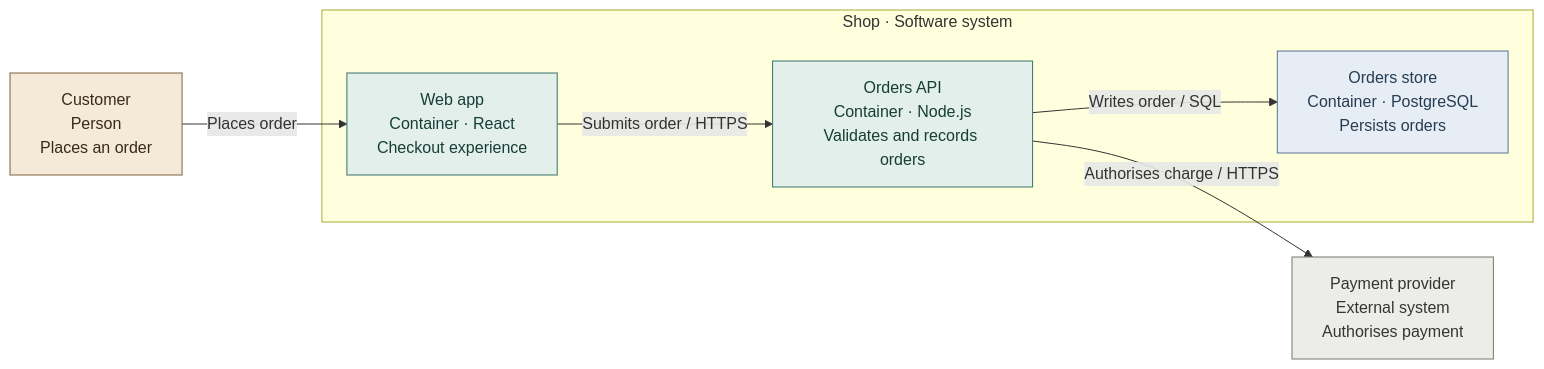
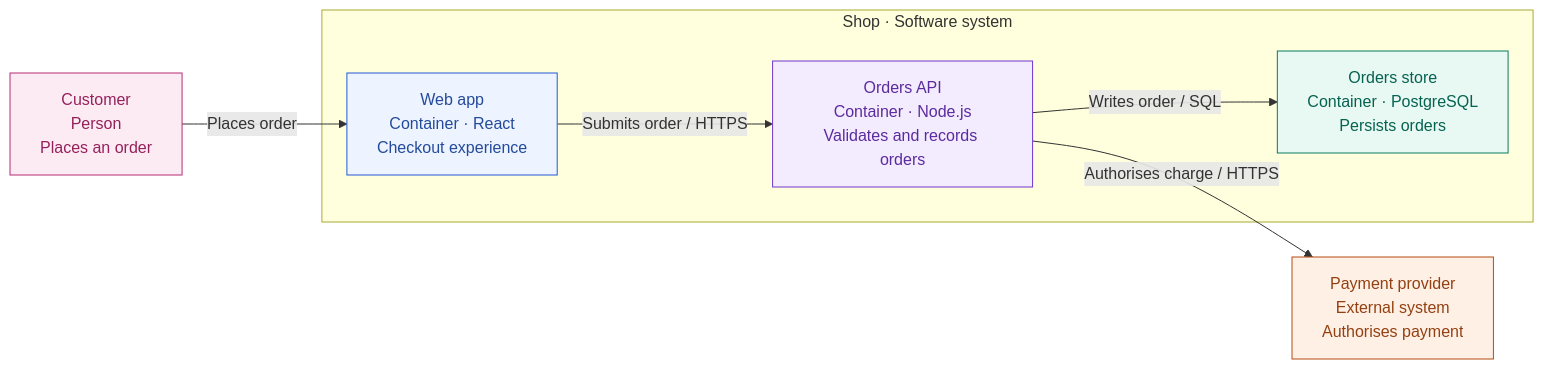
The diagram in skills/highvis/references/c4.md (flexdinesh/agent-skills), drawn with Mermaid before and after one commit. The commit also changed other lines of this file and 6 other files, not shown here.

Commit message:
feat: add colorful Atlas architecture reports (#3)

````diff
--- a/skills/highvis/references/c4.md
+++ b/skills/highvis/references/c4.md
@@ -58,22 +58,24 @@
 ```mermaid
 flowchart LR
   customer["Customer<br/>Person<br/>Places an order"]
   subgraph shop["Shop · Software system"]
     web["Web app<br/>Container · React<br/>Checkout experience"]
     api["Orders API<br/>Container · Node.js<br/>Validates and records orders"]
     store["Orders store<br/>Container · PostgreSQL<br/>Persists orders"]
   end
   payment["Payment provider<br/>External system<br/>Authorises payment"]
   customer -->|Places order| web
   web -->|Submits order / HTTPS| api
   api -->|Writes order / SQL| store
   api -->|Authorises charge / HTTPS| payment
-  classDef person fill:#f5ead8,stroke:#80613e,color:#382a1b;
-  classDef internal fill:#e2efeb,stroke:#377568,color:#173e35;
-  classDef external fill:#ecece9,stroke:#777971,color:#343630;
-  classDef data fill:#e6edf4,stroke:#58748e,color:#253d53;
+  classDef person fill:#fdebf4,stroke:#b72c73,color:#94215b;
+  classDef interface fill:#edf3ff,stroke:#2459d7,color:#244b9b;
+  classDef service fill:#f3ecff,stroke:#7136ce,color:#5b2b9d;
+  classDef external fill:#fff0e6,stroke:#b54b12,color:#934011;
+  classDef data fill:#e8f8f2,stroke:#087a64,color:#066251;
   class customer person;
-  class web,api internal;
+  class web interface;
+  class api service;
   class payment external;
   class store data;
 ```
````
